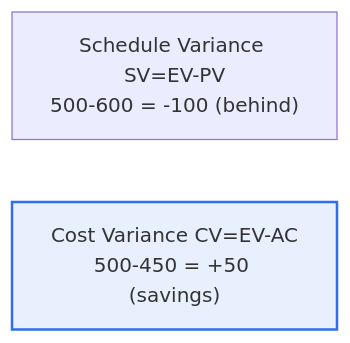
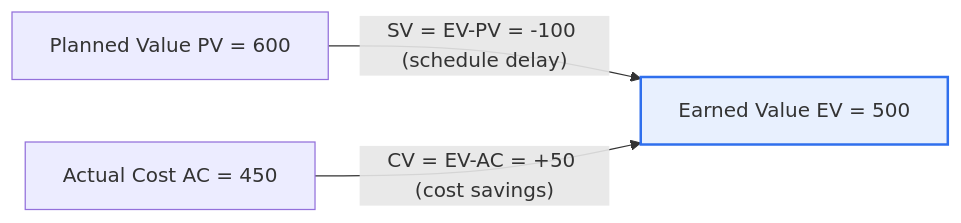
One commit to coninggu/wjdqhrhksflrltnftk changed the second of 2 diagrams in content/en/earned-value-management.md. Above: the diagram before and after it, drawn with Mermaid. The commit also changed other lines of this file and 37 other files, not shown here.

````diff
--- a/content/en/earned-value-management.md
+++ b/content/en/earned-value-management.md
@@ -21,6 +83,9 @@
 ```mermaid
 flowchart LR
-  SV["Schedule Variance SV=EV-PV<br/>500-600 = -100 (behind)"] 
-  CV["Cost Variance CV=EV-AC<br/>500-450 = +50 (savings)"]
-  style CV fill:#e8f0fe,stroke:#2f6fed,stroke-width:2px
+  PV["Planned Value PV = 600"]
+  EV["Earned Value EV = 500"]
+  AC["Actual Cost AC = 450"]
+  PV -- "SV = EV-PV = -100 (schedule delay)" --> EV
+  AC -- "CV = EV-AC = +50 (cost savings)" --> EV
+  style EV fill:#e8f0fe,stroke:#2f6fed,stroke-width:2px
 ```
````
